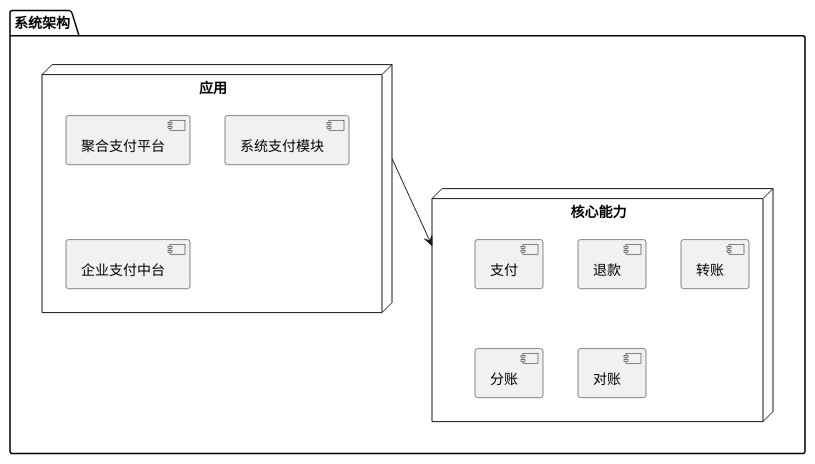
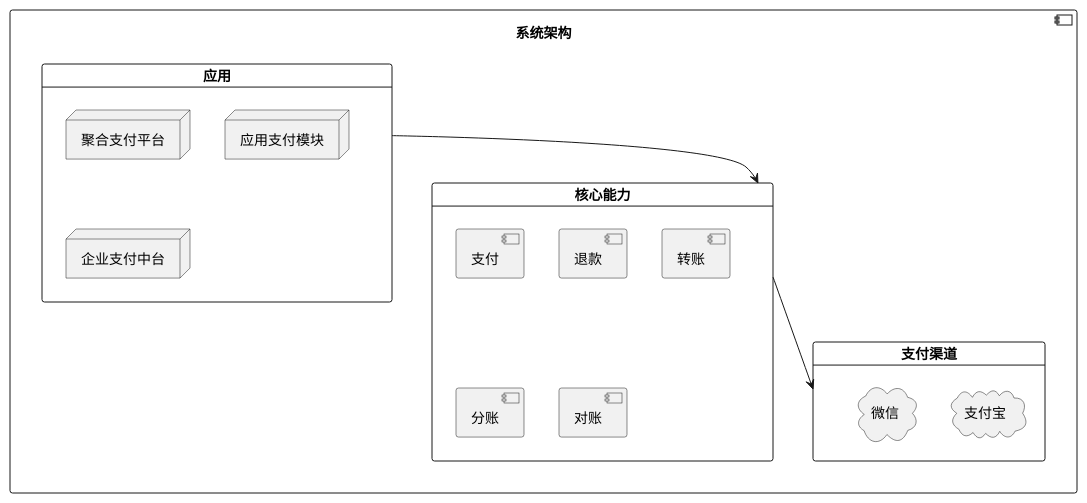
Before and after one commit to red-jasmine/docs: the first of 2 diagrams in docs/payments/index.md, drawn with PlantUML. The commit also changed other lines of this file and 3 other files, not shown here.

````diff
--- a/docs/payments/index.md
+++ b/docs/payments/index.md
@@ -33,23 +34,38 @@
 ```plantuml
 @startuml
-package 系统架构 {
-node 应用 {
-component 聚合支付平台
-component 系统支付模块
-component 企业支付中台
+
+component 系统架构 {
+
+card 应用 {
+node 聚合支付平台
+node 应用支付模块
+node 企业支付中台
+node 企业支付中台
+node 企业支付中台
+node 企业支付中台
+node 企业支付中台
 }
 
-node 核心能力{
+
+card 核心能力{
 component 支付
 component 退款
 component 转账
 component 分账
 component 对账
 
 }
-[应用] --> 核心能力
+
+card 支付渠道{
+	cloud 支付宝
+	cloud 微信
+}
+应用 --> 核心能力
+
+核心能力 --> 支付渠道
 
 }
+
 @enduml
 	
 ```
````
